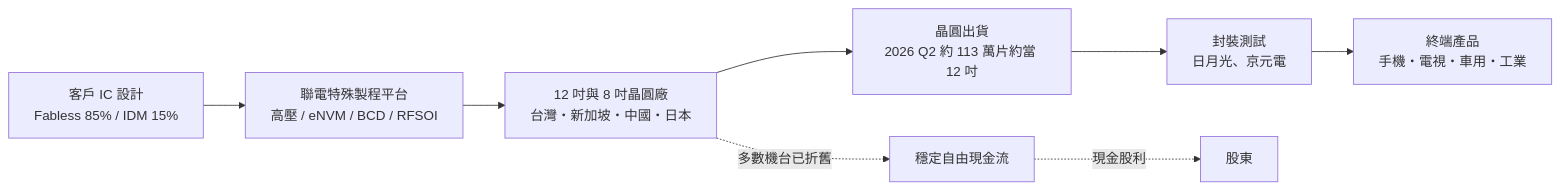
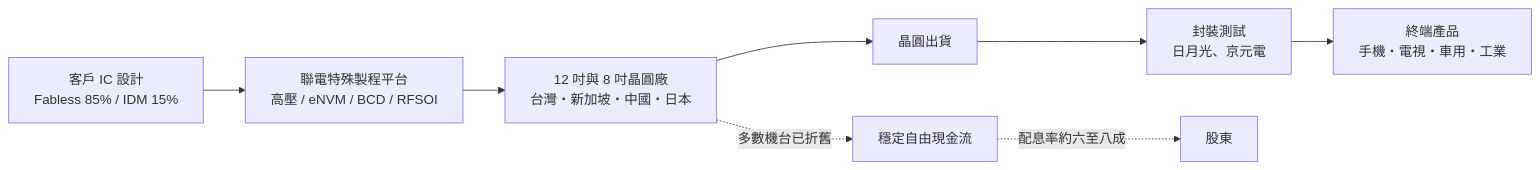
Before and after one commit to wangnick1004/taiwan-stock-vault: the second of 4 diagrams in 個股/台股/2303聯電.md, drawn with Mermaid. The commit also changed other lines of this file and 16 other files, not shown here.

````diff
--- a/個股/台股/2303聯電.md
+++ b/個股/台股/2303聯電.md
@@ -75,10 +75,10 @@
 ```mermaid
 flowchart LR
-    A[客戶 IC 設計<br/>Fabless 85% / IDM 15%] --> B[聯電特殊製程平台<br/>高壓 / eNVM / BCD / RFSOI]
-    B --> C[12 吋與 8 吋晶圓廠<br/>台灣・新加坡・中國・日本]
-    C --> D[晶圓出貨<br/>2026 Q2 約 113 萬片約當 12 吋]
-    D --> E[封裝測試<br/>日月光、京元電]
-    E --> F[終端產品<br/>手機・電視・車用・工業]
+    A["客戶 IC 設計<br/>Fabless 85% / IDM 15%"] --> B["聯電特殊製程平台<br/>高壓 / eNVM / BCD / RFSOI"]
+    B --> C["12 吋與 8 吋晶圓廠<br/>台灣・新加坡・中國・日本"]
+    C --> D["晶圓出貨"]
+    D --> E["封裝測試<br/>日月光、京元電"]
+    E --> F["終端產品<br/>手機・電視・車用・工業"]
     C -. 多數機台已折舊 .-> G[穩定自由現金流]
-    G -. 現金股利 .-> H[股東]
+    G -. 配息率約六至八成 .-> H[股東]
 ```
````
